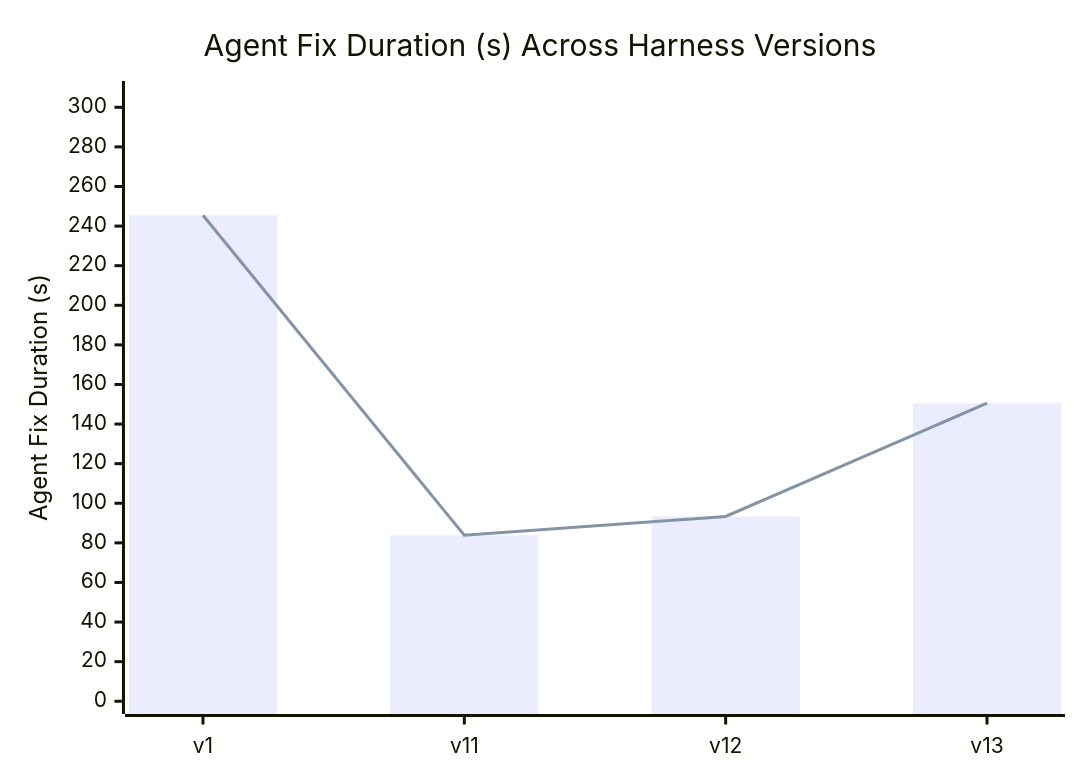
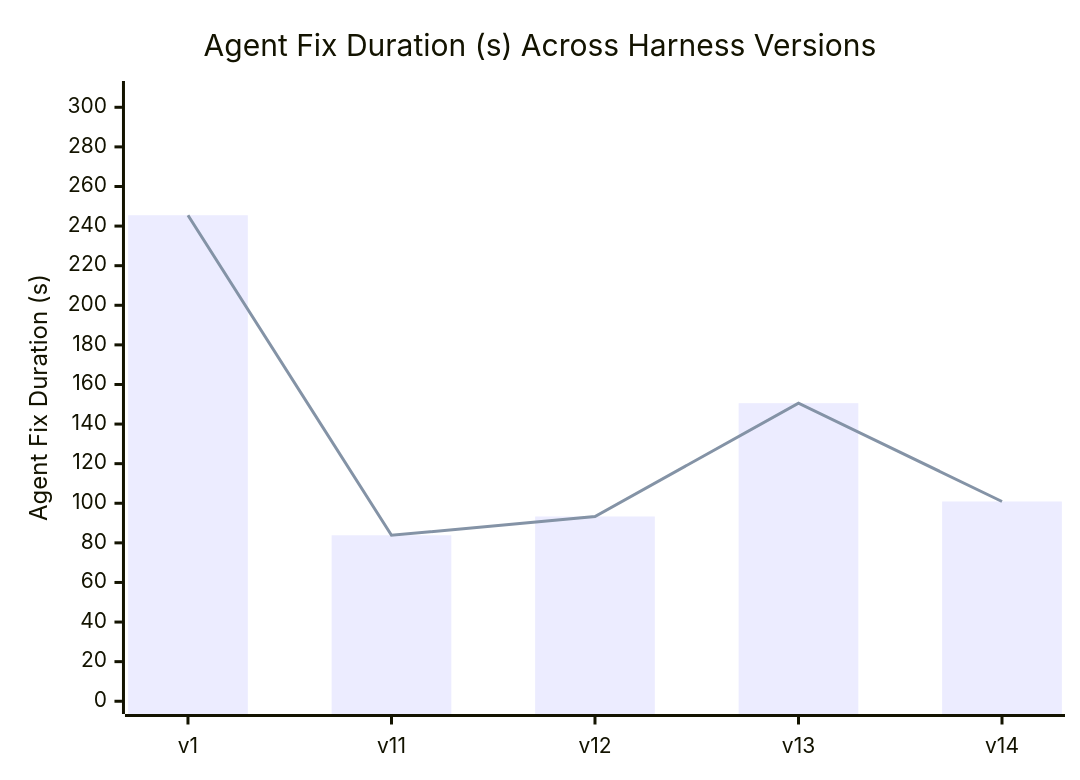
One commit to denizin42/cs440-lab6-thealgorithms-contrib changed the diagram in PERFORMANCE_REPORT.md. Above: the diagram before and after it, drawn with Mermaid. The commit also changed other lines of this file and 3 other files, not shown here.

````diff
--- a/PERFORMANCE_REPORT.md
+++ b/PERFORMANCE_REPORT.md
@@ -21,8 +21,8 @@
 ```mermaid
 xychart-beta
     title "Agent Fix Duration (s) Across Harness Versions"
-    x-axis ["v1", "v11", "v12", "v13"]
+    x-axis ["v1", "v11", "v12", "v13", "v14"]
     y-axis "Agent Fix Duration (s)" 0 --> 306.84
-    bar [245.475, 83.822, 93.318, 150.547]
-    line [245.475, 83.822, 93.318, 150.547]
+    bar [245.475, 83.822, 93.318, 150.547, 100.898]
+    line [245.475, 83.822, 93.318, 150.547, 100.898]
 ```
````
